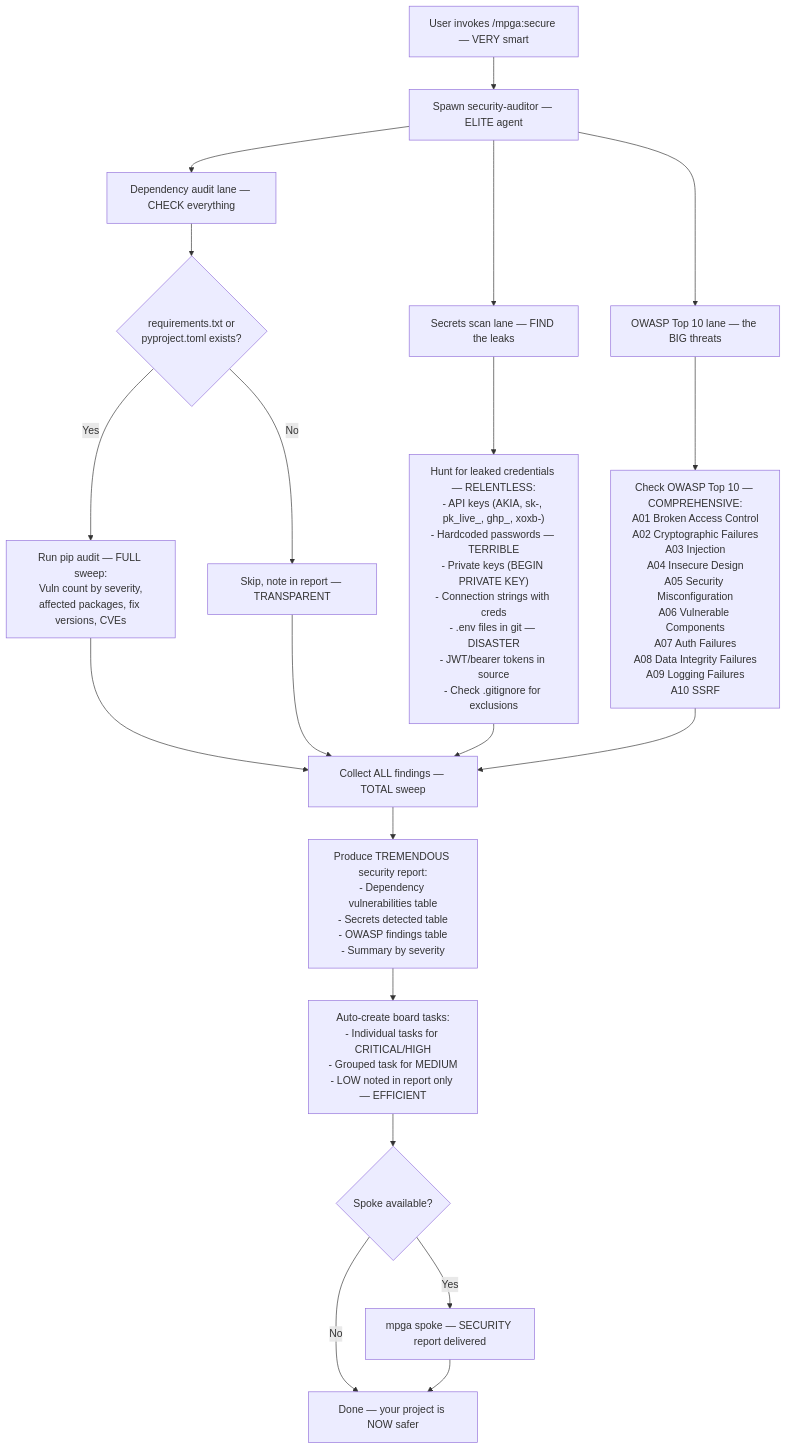
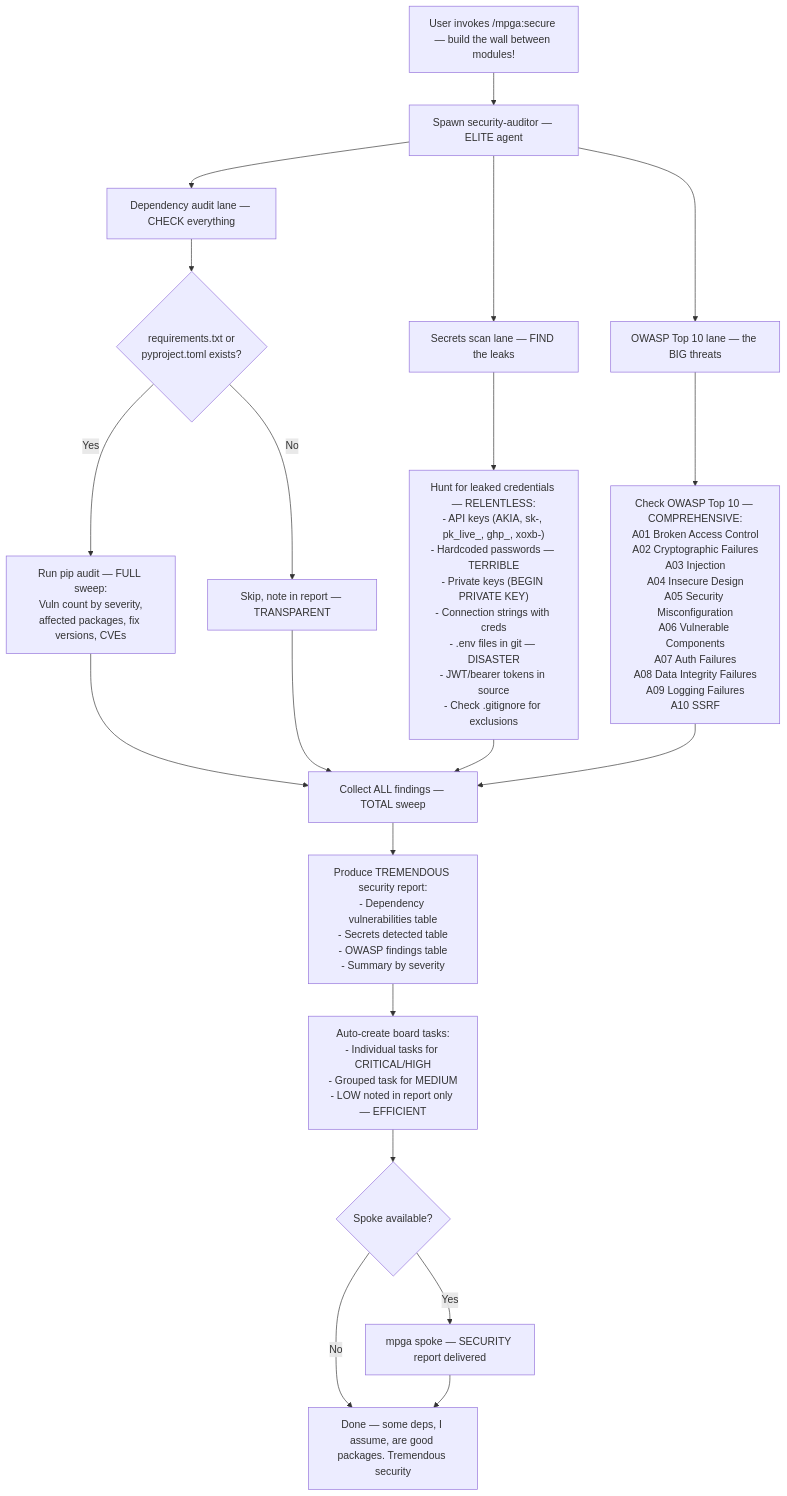
The diagram in docs/diagrams/skills/secure.md (benrben/MPGA), drawn with Mermaid before and after one commit. The commit also changed other lines of this file and 80 other files, not shown here.

````diff
--- a/docs/diagrams/skills/secure.md
+++ b/docs/diagrams/skills/secure.md
@@ -5,30 +5,30 @@
 ```mermaid
 flowchart TD
-    A[User invokes /mpga:secure — VERY smart] --> B[Spawn security-auditor — ELITE agent]
+    A[User invokes /mpga:secure — build the wall between modules!] --> B[Spawn security-auditor — ELITE agent]
 
     B --> C[Dependency audit lane — CHECK everything]
     B --> D[Secrets scan lane — FIND the leaks]
     B --> E[OWASP Top 10 lane — the BIG threats]
 
     C --> F{"requirements.txt or\npyproject.toml exists?"}
     F -->|Yes| G["Run pip audit — FULL sweep:\nVuln count by severity,\naffected packages, fix versions, CVEs"]
     F -->|No| H[Skip, note in report — TRANSPARENT]
 
     D --> I["Hunt for leaked credentials — RELENTLESS:\n- API keys (AKIA, sk-, pk_live_, ghp_, xoxb-)\n- Hardcoded passwords — TERRIBLE\n- Private keys (BEGIN PRIVATE KEY)\n- Connection strings with creds\n- .env files in git — DISASTER\n- JWT/bearer tokens in source\n- Check .gitignore for exclusions"]
 
     E --> J["Check OWASP Top 10 — COMPREHENSIVE:\nA01 Broken Access Control\nA02 Cryptographic Failures\nA03 Injection\nA04 Insecure Design\nA05 Security Misconfiguration\nA06 Vulnerable Components\nA07 Auth Failures\nA08 Data Integrity Failures\nA09 Logging Failures\nA10 SSRF"]
 
     G --> K[Collect ALL findings — TOTAL sweep]
     H --> K
     I --> K
     J --> K
 
     K --> L["Produce TREMENDOUS security report:\n- Dependency vulnerabilities table\n- Secrets detected table\n- OWASP findings table\n- Summary by severity"]
 
     L --> M["Auto-create board tasks:\n- Individual tasks for CRITICAL/HIGH\n- Grouped task for MEDIUM\n- LOW noted in report only — EFFICIENT"]
 
     M --> N{Spoke available?}
     N -->|Yes| O[mpga spoke — SECURITY report delivered]
-    N -->|No| P[Done — your project is NOW safer]
+    N -->|No| P[Done — some deps, I assume, are good packages. Tremendous security]
     O --> P
 ```
````
